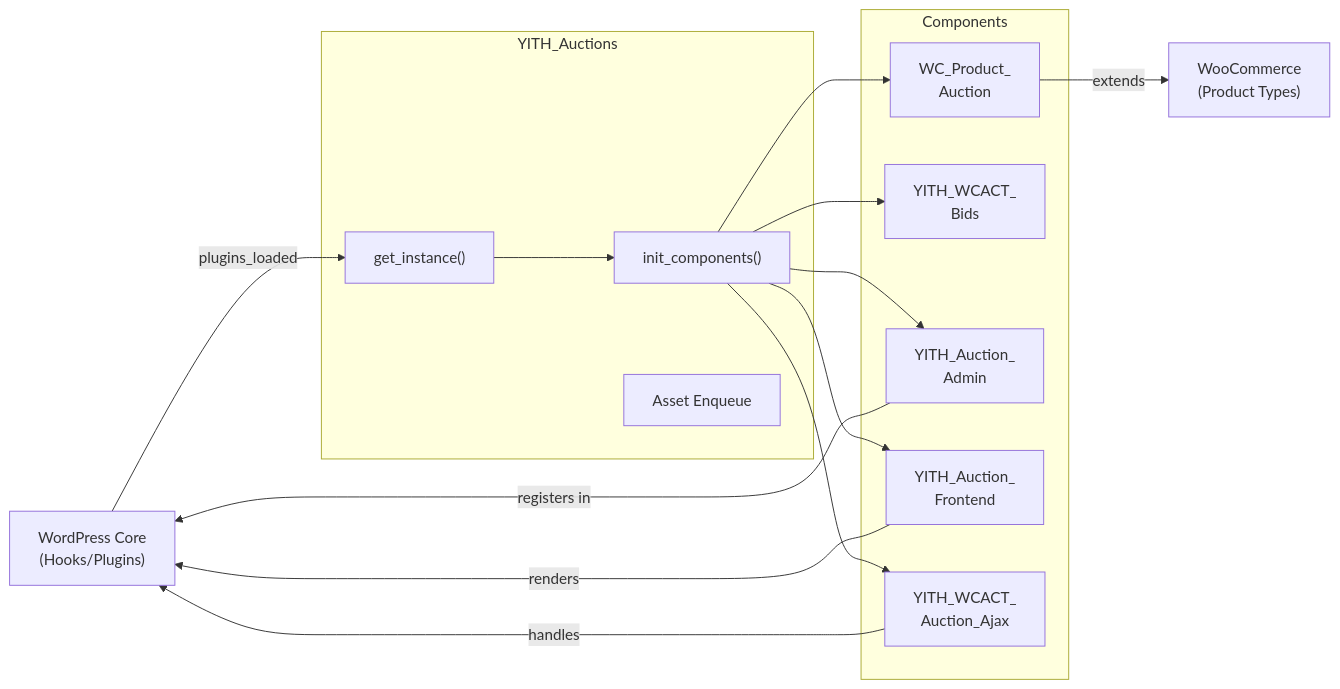
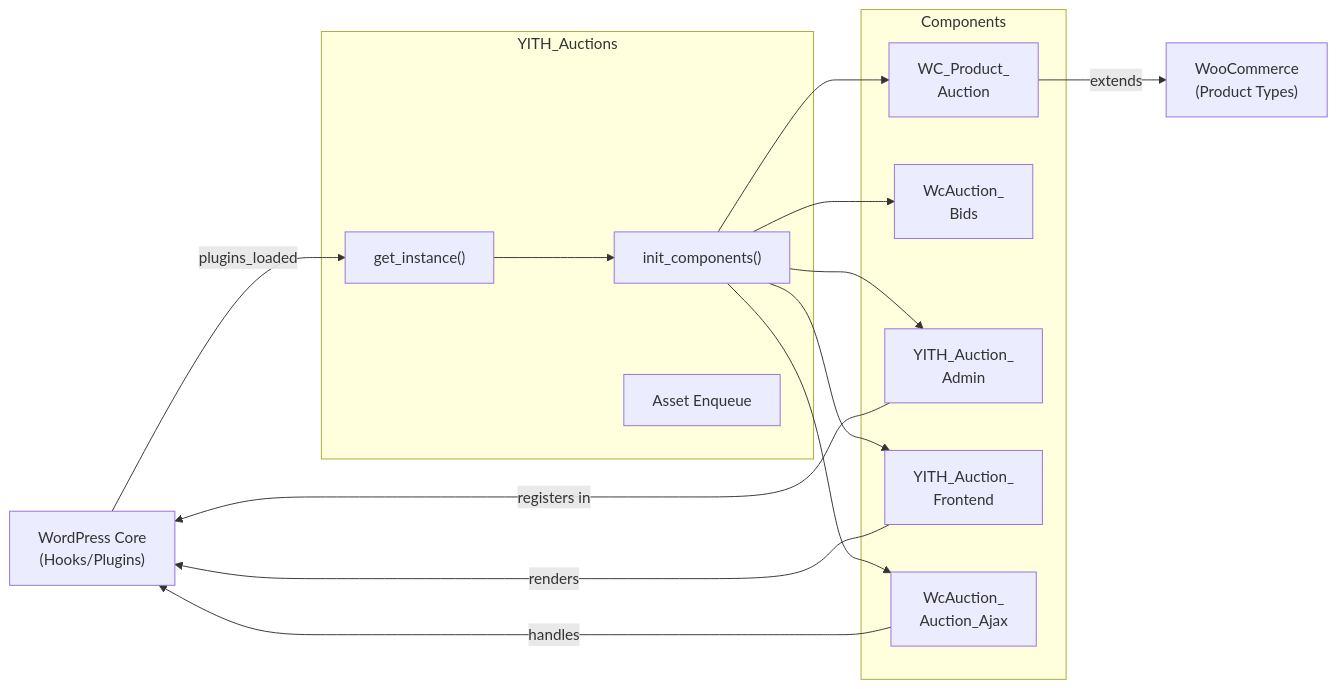
One commit to ksfraser/woocommerce-auction changed the diagram in docs/components/YITH_Auctions-coordinator-documentation.md. Above: the diagram before and after it, drawn with Mermaid. The commit also changed other lines of this file and 29 other files, not shown here.

````diff
--- a/docs/components/YITH_Auctions-coordinator-documentation.md
+++ b/docs/components/YITH_Auctions-coordinator-documentation.md
@@ -113,32 +113,32 @@
 ```mermaid
 graph LR
     WP["WordPress Core<br/>(Hooks/Plugins)"]
     WC["WooCommerce<br/>(Product Types)"]
     
     subgraph YITH_Auctions
         Singleton["get_instance()"]
         Init["init_components()"]
         Assets["Asset Enqueue"]
     end
     
     subgraph "Components"
         Product["WC_Product_<br/>Auction"]
-        Bids["YITH_WCACT_<br/>Bids"]
+        Bids["WcAuction_<br/>Bids"]
         Admin["YITH_Auction_<br/>Admin"]
         Frontend["YITH_Auction_<br/>Frontend"]
-        Ajax["YITH_WCACT_<br/>Auction_Ajax"]
+        Ajax["WcAuction_<br/>Auction_Ajax"]
     end
     
     WP -->|plugins_loaded| Singleton
     Singleton --> Init
     Init --> Product
     Init --> Bids
     Init --> Admin
     Init --> Frontend
     Init --> Ajax
     
     Product -->|extends| WC
     Admin -->|registers in| WP
     Frontend -->|renders| WP
     Ajax -->|handles| WP
 ```
````
